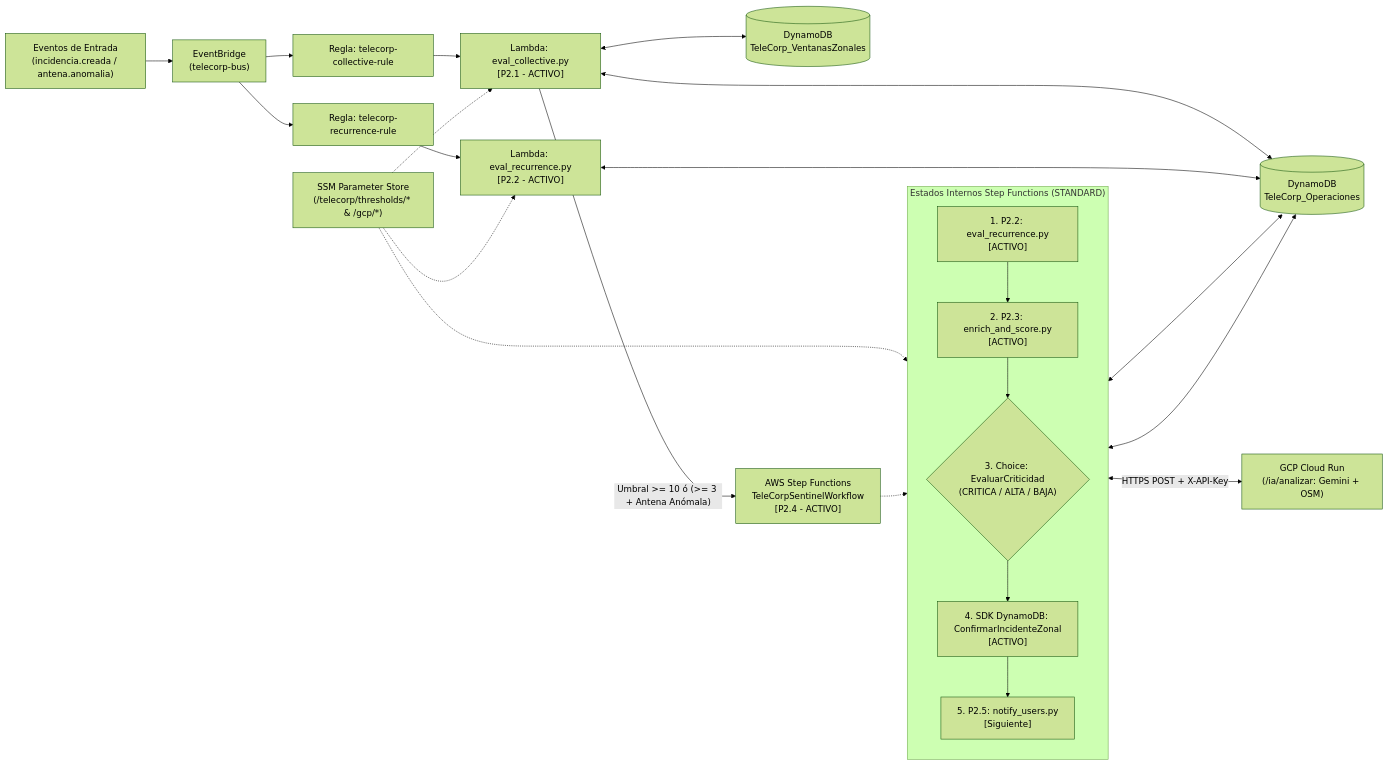
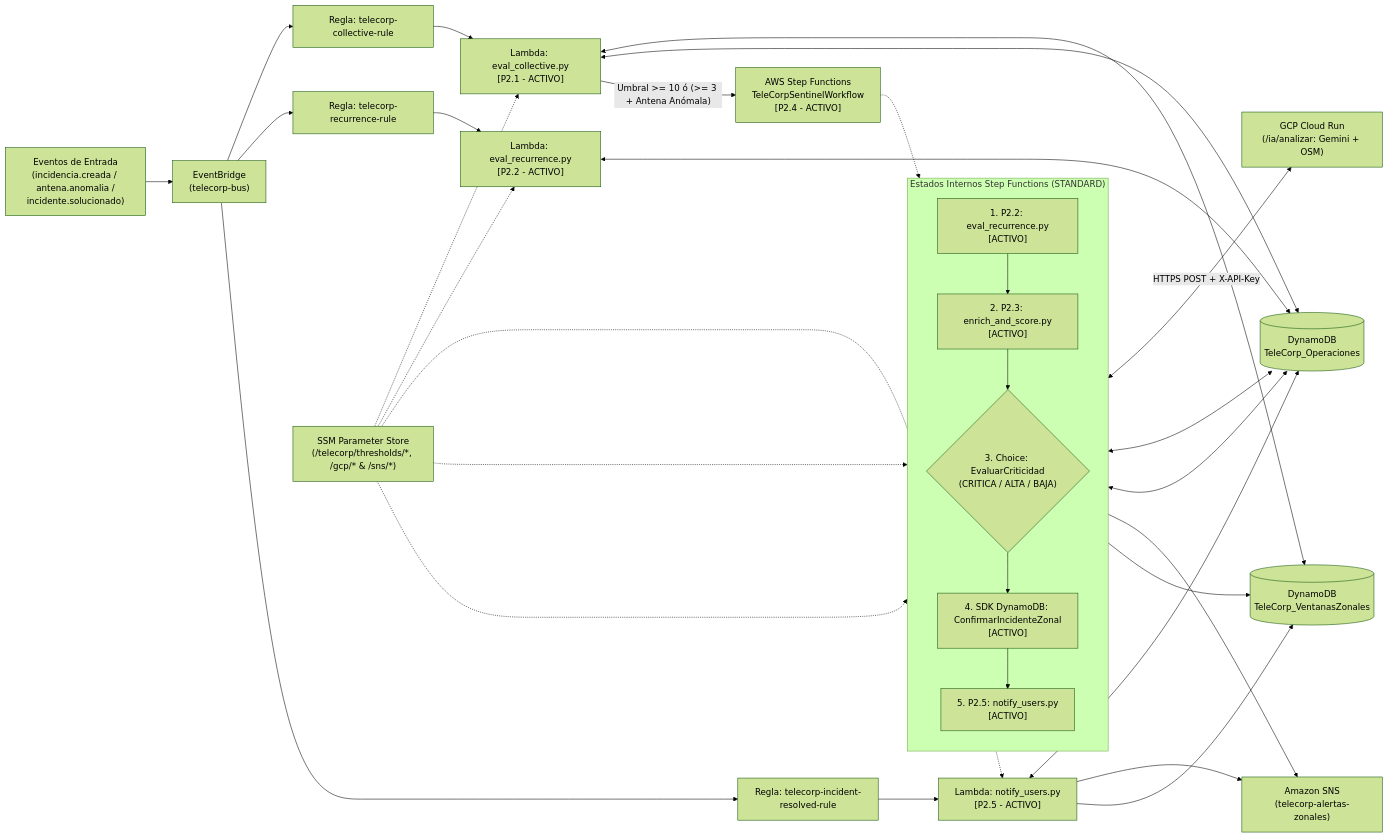
The diagram in orquestacion/README_P2.md (jose-lam/hackaton_cloud_computing), drawn with Mermaid (forest theme) before and after one commit. The commit also changed other lines of this file and 2 other files, not shown here.

````diff
--- a/orquestacion/README_P2.md
+++ b/orquestacion/README_P2.md
@@ -7,28 +7,32 @@
 ```mermaid
 flowchart LR
-    IN["Eventos de Entrada\n(incidencia.creada / antena.anomalia)"] --> EB["EventBridge\n(telecorp-bus)"]
+    IN["Eventos de Entrada\n(incidencia.creada / antena.anomalia /\nincidente.solucionado)"] --> EB["EventBridge\n(telecorp-bus)"]
     EB --> RULE_C["Regla: telecorp-collective-rule"]
     EB --> RULE_R["Regla: telecorp-recurrence-rule"]
+    EB --> RULE_S["Regla: telecorp-incident-resolved-rule"]
 
     RULE_C --> L_COL["Lambda: eval_collective.py\n[P2.1 - ACTIVO]"]
     RULE_R --> L_REC["Lambda: eval_recurrence.py\n[P2.2 - ACTIVO]"]
+    RULE_S --> L_NOT["Lambda: notify_users.py\n[P2.5 - ACTIVO]"]
 
-    SSM["SSM Parameter Store\n(/telecorp/thresholds/* & /gcp/*)"] -.-> L_COL & L_REC & S2
+    SSM["SSM Parameter Store\n(/telecorp/thresholds/*, /gcp/* & /sns/*)"] -.-> L_COL & L_REC & S2 & S5 & L_NOT
     L_COL <--> DDB_V[("DynamoDB\nTeleCorp_VentanasZonales")]
     L_COL <--> DDB_O[("DynamoDB\nTeleCorp_Operaciones")]
     L_REC <--> DDB_O
 
     L_COL -->|"Umbral >= 10 ó (>= 3 + Antena Anómala)"| SFN["AWS Step Functions\nTeleCorpSentinelWorkflow\n[P2.4 - ACTIVO]"]
 
     subgraph FLUJO_SFN ["Estados Internos Step Functions (STANDARD)"]
         direction TB
         S1["1. P2.2: eval_recurrence.py\n[ACTIVO]"] --> S2["2. P2.3: enrich_and_score.py\n[ACTIVO]"]
         S2 --> S3{"3. Choice: EvaluarCriticidad\n(CRITICA / ALTA / BAJA)"}
         S3 --> S4["4. SDK DynamoDB: ConfirmarIncidenteZonal\n[ACTIVO]"]
-        S4 --> S5["5. P2.5: notify_users.py\n[Siguiente]"]
+        S4 --> S5["5. P2.5: notify_users.py\n[ACTIVO]"]
     end
 
     SFN -.-> FLUJO_SFN
     S2 <-->|"HTTPS POST + X-API-Key"| GCP["GCP Cloud Run\n(/ia/analizar: Gemini + OSM)"]
-    S2 & S4 <--> DDB_O
+    S2 & S4 & L_NOT <--> DDB_O
+    S5 & L_NOT --> SNS["Amazon SNS\n(telecorp-alertas-zonales)"]
+    S5 & L_NOT --> DDB_V
 ```
````
